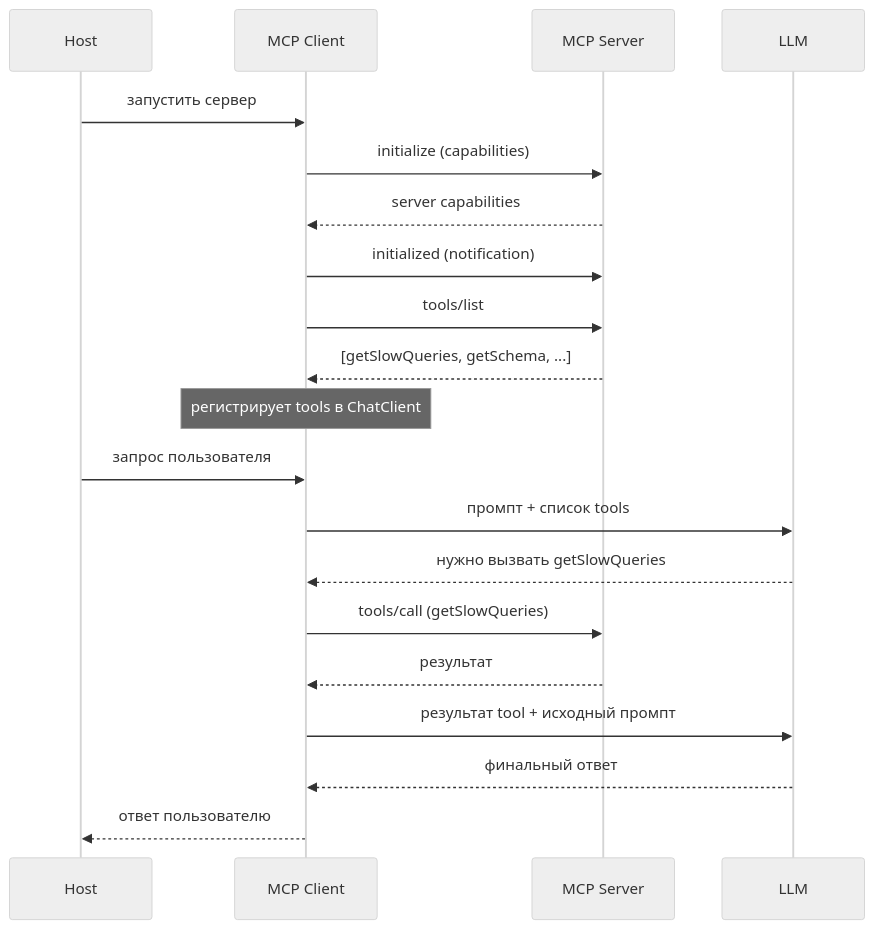
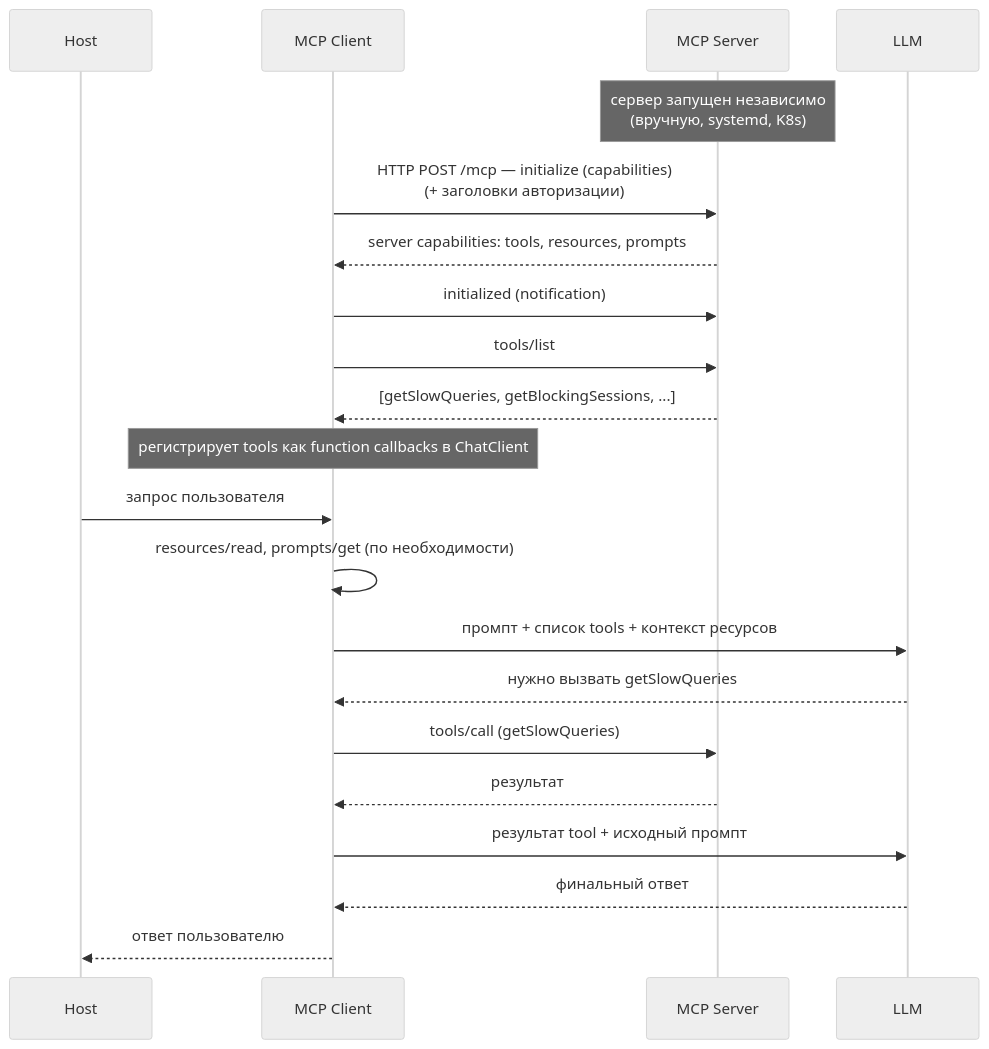
The diagram in ru/02-kak-rabotaet-mcp.md (YuryKlimchuk/article-spring-ai-mcp), drawn with Mermaid (neutral theme) before and after one commit. The commit also changed other lines of this file and 5 other files, not shown here.

````diff
--- a/ru/02-kak-rabotaet-mcp.md
+++ b/ru/02-kak-rabotaet-mcp.md
@@ -65,23 +54,24 @@
 ```mermaid
 sequenceDiagram
     participant H as Host
     participant C as MCP Client
     participant S as MCP Server
     participant L as LLM
 
-    H->>C: запустить сервер
-    C->>S: initialize (capabilities)
-    S-->>C: server capabilities
+    Note over S: сервер запущен независимо<br/>(вручную, systemd, K8s)
+    C->>S: HTTP POST /mcp — initialize (capabilities)<br/>(+ заголовки авторизации)
+    S-->>C: server capabilities: tools, resources, prompts
     C->>S: initialized (notification)
     C->>S: tools/list
-    S-->>C: [getSlowQueries, getSchema, ...]
-    Note over C: регистрирует tools в ChatClient
+    S-->>C: [getSlowQueries, getBlockingSessions, ...]
+    Note over C: регистрирует tools как function callbacks в ChatClient
     H->>C: запрос пользователя
-    C->>L: промпт + список tools
+    C->>C: resources/read, prompts/get (по необходимости)
+    C->>L: промпт + список tools + контекст ресурсов
     L-->>C: нужно вызвать getSlowQueries
     C->>S: tools/call (getSlowQueries)
     S-->>C: результат
     C->>L: результат tool + исходный промпт
     L-->>C: финальный ответ
     C-->>H: ответ пользователю
 ```
````
